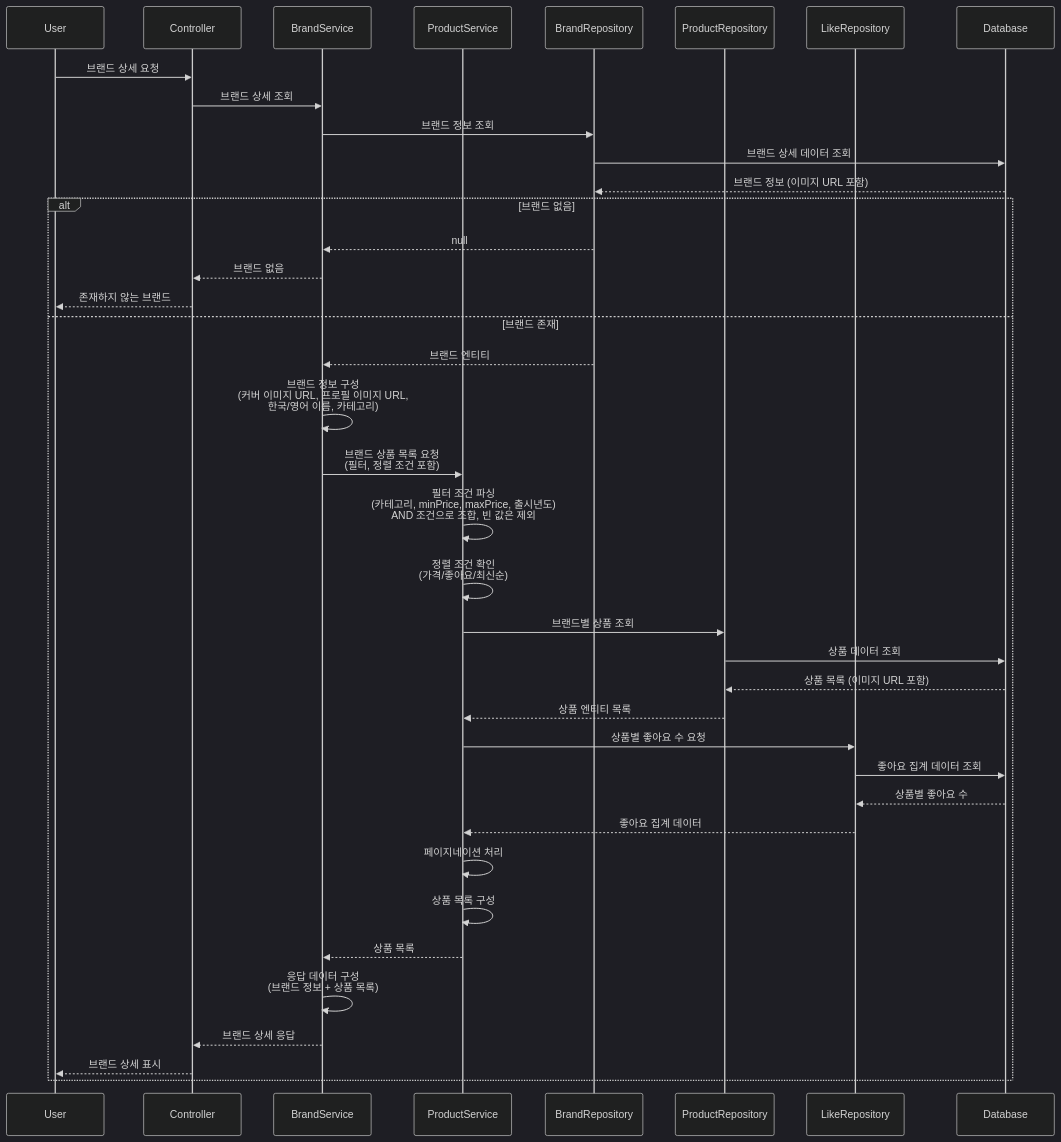
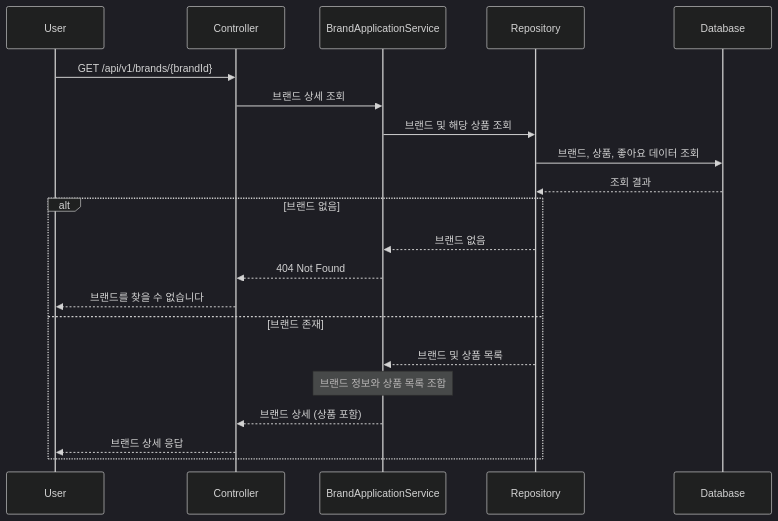
One commit to h2jinee/loopers changed the second of 10 diagrams in docs/design/02-sequence-diagrams.md. Above: the diagram before and after it, drawn with Mermaid (dark theme). The commit also changed other lines of this file and 3 other files, not shown here.

````diff
--- a/docs/design/02-sequence-diagrams.md
+++ b/docs/design/02-sequence-diagrams.md
@@ -27,50 +27,26 @@
 ```mermaid
 sequenceDiagram
     participant U as User
     participant C as Controller
-    participant BS as BrandService
-    participant PS as ProductService
-    participant BR as BrandRepository
-    participant PR as ProductRepository
-    participant LR as LikeRepository
+    participant AS as BrandApplicationService
+    participant Repo as Repository
     participant DB as Database
 
-    U->>C: 브랜드 상세 요청
-    C->>BS: 브랜드 상세 조회
+    U->>C: GET /api/v1/brands/{brandId}
+    C->>AS: 브랜드 상세 조회
     
-    BS->>BR: 브랜드 정보 조회
-    BR->>DB: 브랜드 상세 데이터 조회
-    DB-->>BR: 브랜드 정보 (이미지 URL 포함)
+    AS->>Repo: 브랜드 및 해당 상품 조회
+    Repo->>DB: 브랜드, 상품, 좋아요 데이터 조회
+    DB-->>Repo: 조회 결과
     
     alt 브랜드 없음
-        BR-->>BS: null
-        BS-->>C: 브랜드 없음
-        C-->>U: 존재하지 않는 브랜드
+        Repo-->>AS: 브랜드 없음
+        AS-->>C: 404 Not Found
+        C-->>U: 브랜드를 찾을 수 없습니다
     else 브랜드 존재
-        BR-->>BS: 브랜드 엔티티
-        
-        BS->>BS: 브랜드 정보 구성<br/>(커버 이미지 URL, 프로필 이미지 URL,<br/>한국/영어 이름, 카테고리)
-        
-        BS->>PS: 브랜드 상품 목록 요청<br/>(필터, 정렬 조건 포함)
-        PS->>PS: 필터 조건 파싱<br/>(카테고리, minPrice, maxPrice, 출시년도)<br/>AND 조건으로 조합, 빈 값은 제외
-        PS->>PS: 정렬 조건 확인<br/>(가격/좋아요/최신순)
-        
-        PS->>PR: 브랜드별 상품 조회
-        PR->>DB: 상품 데이터 조회
-        DB-->>PR: 상품 목록 (이미지 URL 포함)
-        PR-->>PS: 상품 엔티티 목록
-        
-        PS->>LR: 상품별 좋아요 수 요청
-        LR->>DB: 좋아요 집계 데이터 조회
-        DB-->>LR: 상품별 좋아요 수
-        LR-->>PS: 좋아요 집계 데이터
-        
-        PS->>PS: 페이지네이션 처리
-        PS->>PS: 상품 목록 구성
-        PS-->>BS: 상품 목록
-        
-        BS->>BS: 응답 데이터 구성<br/>(브랜드 정보 + 상품 목록)
-        BS-->>C: 브랜드 상세 응답
-        C-->>U: 브랜드 상세 표시
+        Repo-->>AS: 브랜드 및 상품 목록
+        Note over AS: 브랜드 정보와 상품 목록 조합
+        AS-->>C: 브랜드 상세 (상품 포함)
+        C-->>U: 브랜드 상세 응답
     end
 ```
````
